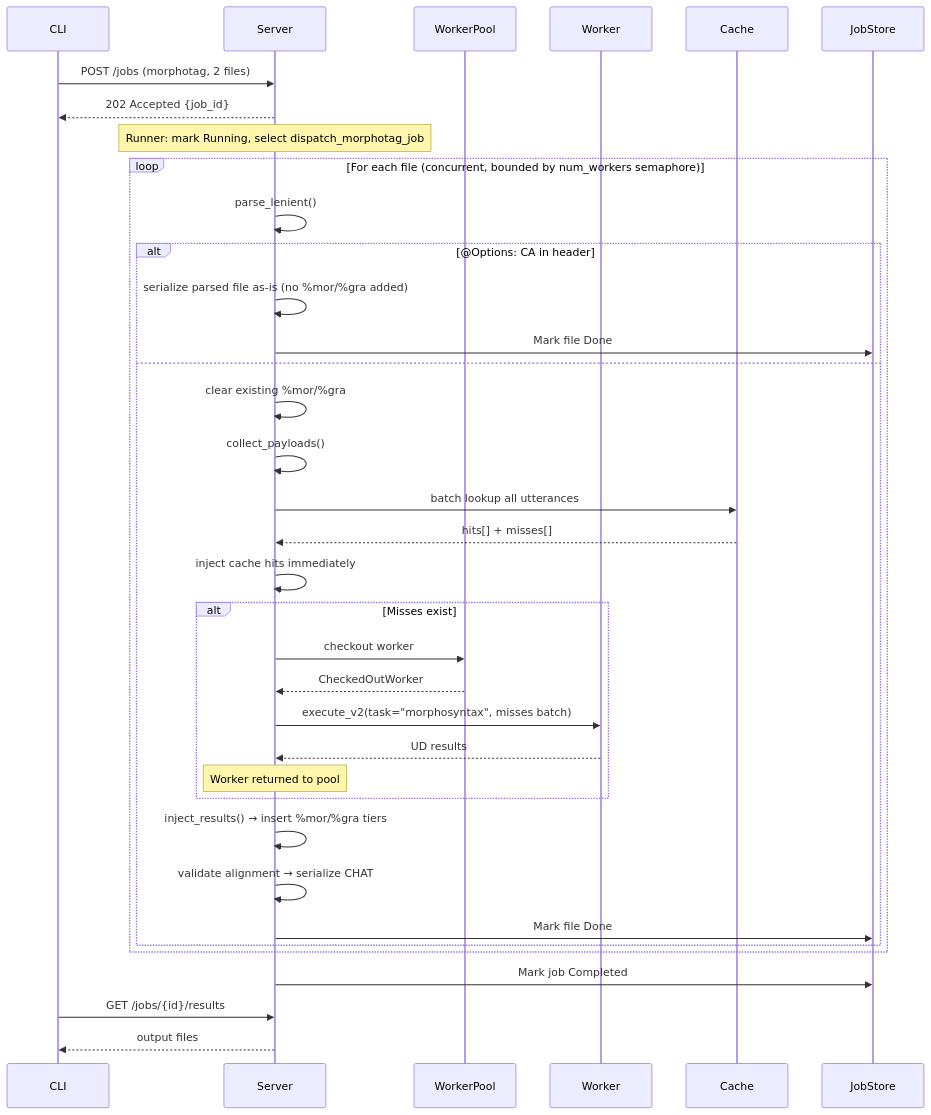
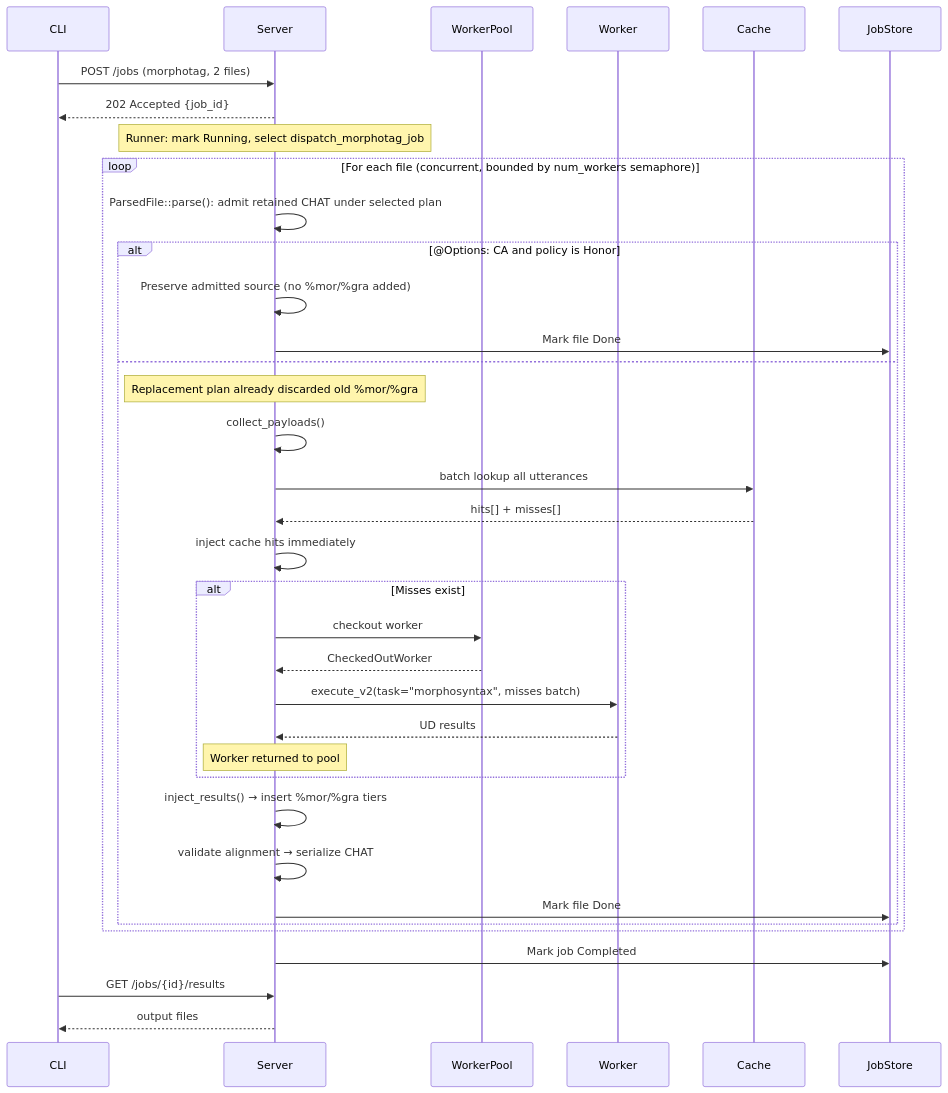
One commit to FranklinChen/talkbank-tools changed the second of 5 diagrams in book/src/batchalign/architecture/command-lifecycles.md. Above: the diagram before and after it, drawn with Mermaid. The commit also changed other lines of this file and 381 other files, not shown here.

First line of the commit message:
Admit model capabilities and preserve typed inference outcomes

````diff
--- a/book/src/batchalign/architecture/command-lifecycles.md
+++ b/book/src/batchalign/architecture/command-lifecycles.md
@@ -221,45 +221,45 @@
 ```mermaid
 sequenceDiagram
     participant CLI
     participant Server
     participant Pool as WorkerPool
     participant W as Worker
     participant Cache
 
     CLI->>Server: POST /jobs (morphotag, 2 files)
     Server-->>CLI: 202 Accepted {job_id}
 
     Note over Server: Runner: mark Running, select dispatch_morphotag_job
 
     loop For each file (concurrent, bounded by num_workers semaphore)
-        Server->>Server: parse_lenient()
-        alt @Options: CA in header
-            Server->>Server: serialize parsed file as-is (no %mor/%gra added)
+        Server->>Server: ParsedFile::parse(): admit retained CHAT under selected plan
+        alt @Options: CA and policy is Honor
+            Server->>Server: Preserve admitted source (no %mor/%gra added)
             Server->>JobStore: Mark file Done
         else
-        Server->>Server: clear existing %mor/%gra
+        Note over Server: Replacement plan already discarded old %mor/%gra
         Server->>Server: collect_payloads()
 
         Server->>Cache: batch lookup all utterances
         Cache-->>Server: hits[] + misses[]
 
         Server->>Server: inject cache hits immediately
 
         alt Misses exist
             Server->>Pool: checkout worker
             Pool-->>Server: CheckedOutWorker
             Server->>W: execute_v2(task="morphosyntax", misses batch)
             W-->>Server: UD results
             Note over Server: Worker returned to pool
         end
 
         Server->>Server: inject_results() → insert %mor/%gra tiers
         Server->>Server: validate alignment → serialize CHAT
         Server->>JobStore: Mark file Done
         end
     end
 
     Server->>JobStore: Mark job Completed
     CLI->>Server: GET /jobs/{id}/results
     Server-->>CLI: output files
 ```
````
